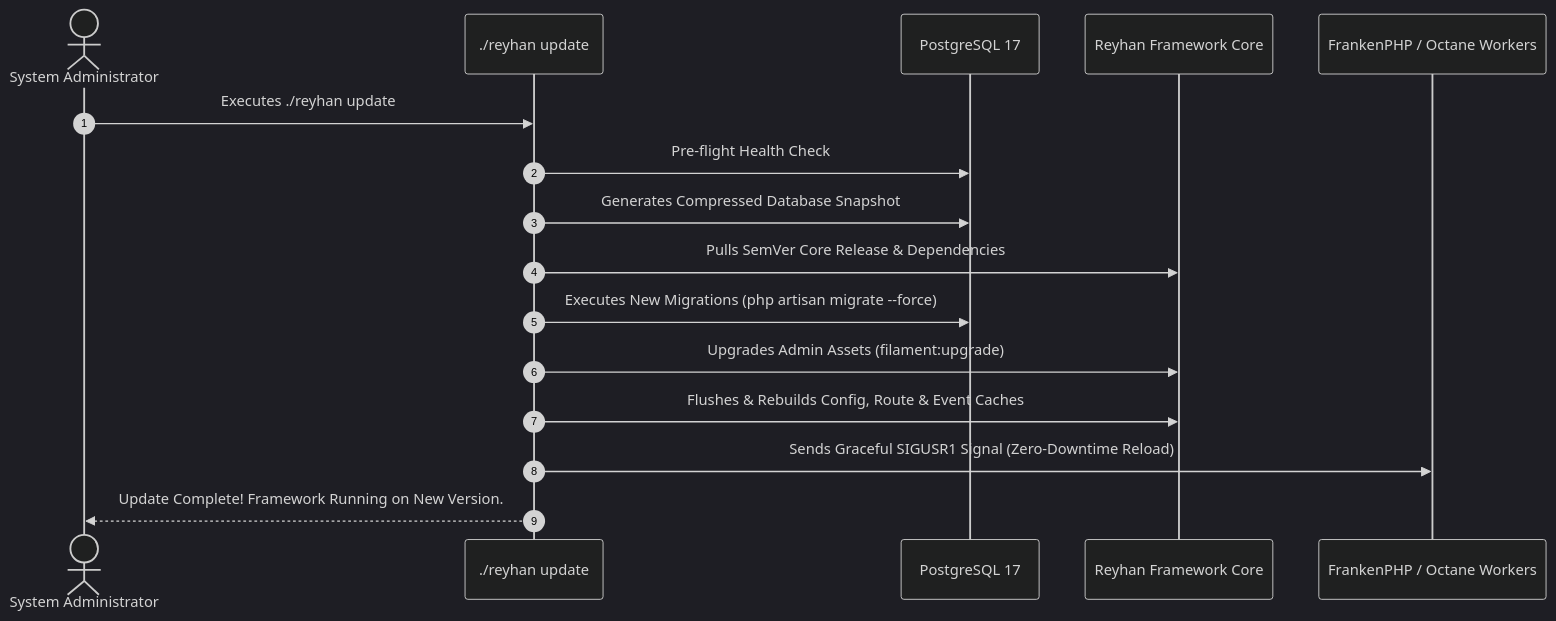
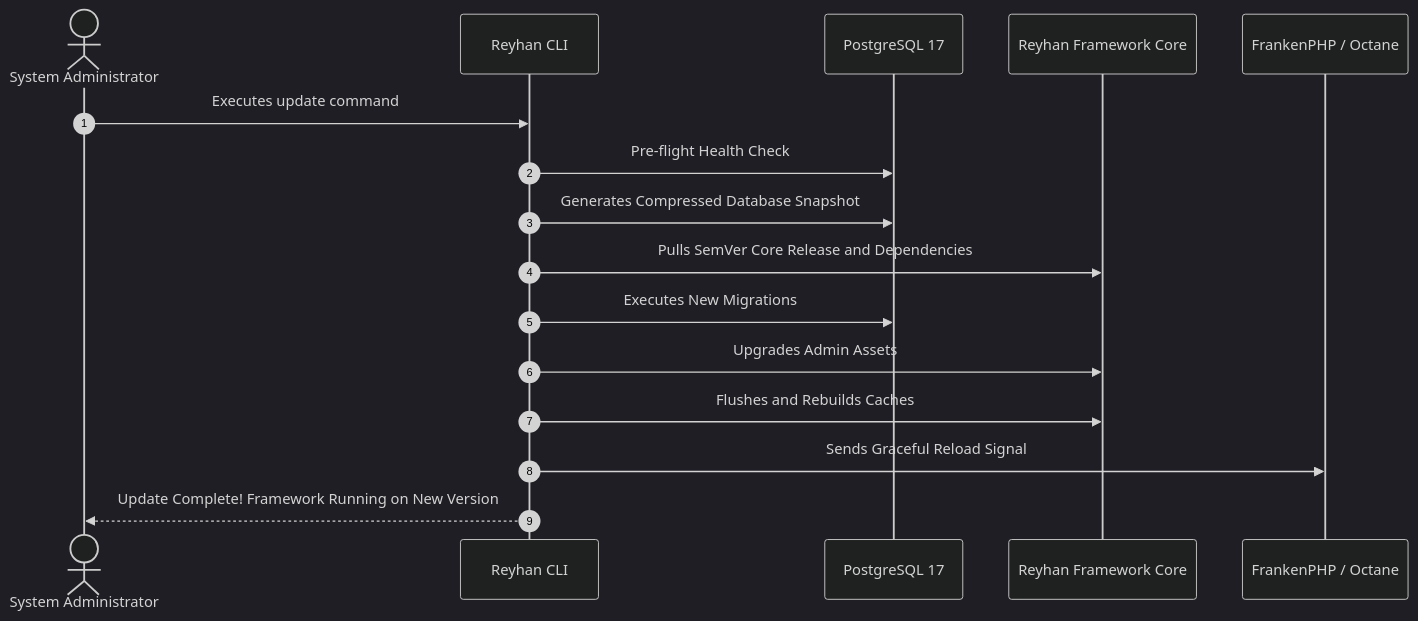
One commit to reyhan-commerce/docs changed the diagram in v1/cli/safe-updates.md. Above: the diagram before and after it, drawn with Mermaid (dark theme). The commit also changed 8 other files, not shown here.

Commit message:
feat(docs): enable interactive mermaid diagram rendering and fix all diagram syntax

````diff
--- a/v1/cli/safe-updates.md
+++ b/v1/cli/safe-updates.md
@@ -9,19 +9,19 @@
 ```mermaid
 sequenceDiagram
     autonumber
     actor Admin as System Administrator
-    participant CLI as ./reyhan update
+    participant CLI as Reyhan CLI
     participant DB as PostgreSQL 17
     participant Core as Reyhan Framework Core
-    participant Octane as FrankenPHP / Octane Workers
+    participant Octane as FrankenPHP / Octane
 
-    Admin->>CLI: Executes ./reyhan update
+    Admin->>CLI: Executes update command
     CLI->>DB: Pre-flight Health Check
     CLI->>DB: Generates Compressed Database Snapshot
-    CLI->>Core: Pulls SemVer Core Release & Dependencies
-    CLI->>DB: Executes New Migrations (php artisan migrate --force)
-    CLI->>Core: Upgrades Admin Assets (filament:upgrade)
-    CLI->>Core: Flushes & Rebuilds Config, Route & Event Caches
-    CLI->>Octane: Sends Graceful SIGUSR1 Signal (Zero-Downtime Reload)
-    CLI-->>Admin: Update Complete! Framework Running on New Version.
+    CLI->>Core: Pulls SemVer Core Release and Dependencies
+    CLI->>DB: Executes New Migrations
+    CLI->>Core: Upgrades Admin Assets
+    CLI->>Core: Flushes and Rebuilds Caches
+    CLI->>Octane: Sends Graceful Reload Signal
+    CLI-->>Admin: Update Complete! Framework Running on New Version
 ```
````
